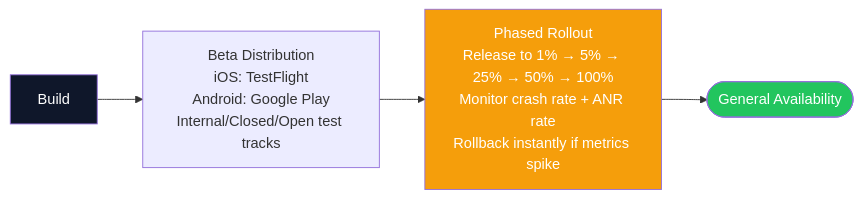
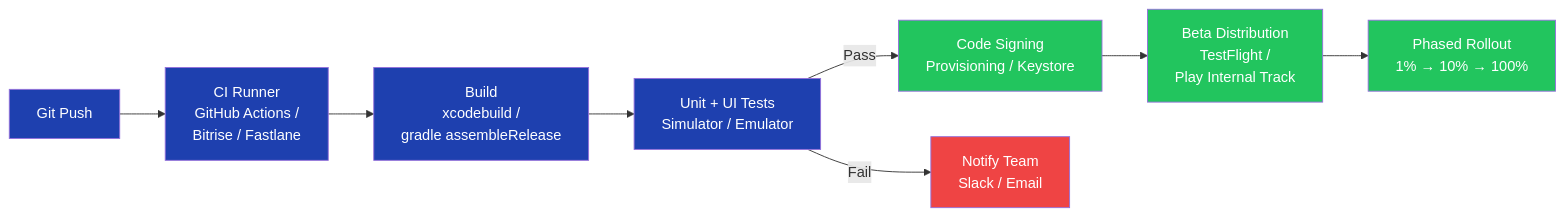
One commit to rajaghosh/InterviewPrep changed the tenth of 16 diagrams in Architechture-Concepts/Description-Mobile-Complete.md. Above: the diagram before and after it, drawn with Mermaid. The commit also changed other lines of this file and 240 other files, not shown here.

````diff
--- a/Architechture-Concepts/Description-Mobile-Complete.md
+++ b/Architechture-Concepts/Description-Mobile-Complete.md
@@ -638,10 +908,17 @@
 ```mermaid
 flowchart LR
-    BUILD["Build"] --> BETA["Beta Distribution\niOS: TestFlight\nAndroid: Google Play\nInternal/Closed/Open test tracks"]
-    BETA --> PHASED["Phased Rollout\nRelease to 1% → 5% → 25% → 50% → 100%\nMonitor crash rate + ANR rate\nRollback instantly if metrics spike"]
-    PHASED --> GA(["General Availability"])
+    Push["Git Push"] --> CI["CI Runner<br>GitHub Actions /<br>Bitrise / Fastlane"]
+    CI --> Build["Build<br>xcodebuild /<br>gradle assembleRelease"]
+    Build --> Tests["Unit + UI Tests<br>Simulator / Emulator"]
+    Tests -->|Pass| Sign["Code Signing<br>Provisioning / Keystore"]
+    Sign --> Beta["Beta Distribution<br>TestFlight /<br>Play Internal Track"]
+    Beta --> Rollout["Phased Rollout<br>1% → 10% → 100%"]
+    Tests -->|Fail| Alert["Notify Team<br>Slack / Email"]
 
-    style BUILD fill:#0f172a,color:#fff
-    style GA fill:#22c55e,color:#fff
-    style PHASED fill:#f59e0b,color:#fff
+    classDef pass fill:#22c55e,color:#fff
+    classDef fail fill:#ef4444,color:#fff
+    classDef neutral fill:#1e40af,color:#fff
+    class Sign,Beta,Rollout pass
+    class Alert fail
+    class Push,CI,Build,Tests neutral
 ```
````
